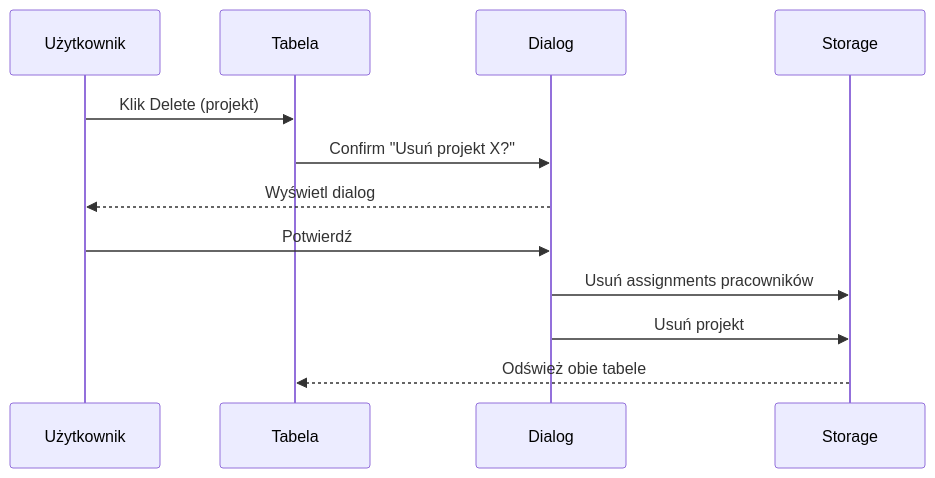
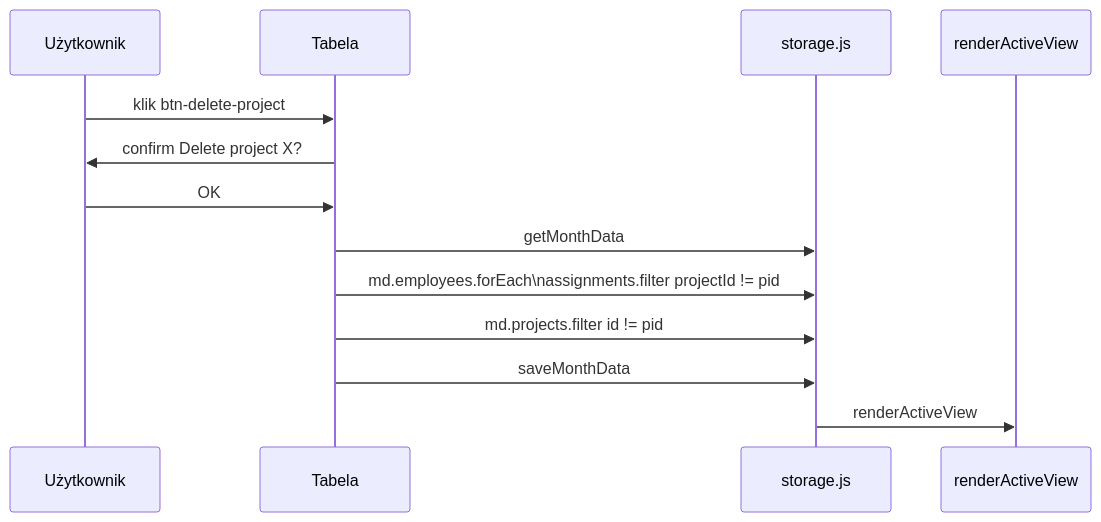
One commit to AlanKowalzky/dashboard-project changed the ninth of 10 diagrams in doc/etap2_mermaid.md. Above: the diagram before and after it, drawn with Mermaid. The commit also changed other lines of this file and 10 other files, not shown here.

````diff
--- a/doc/etap2_mermaid.md
+++ b/doc/etap2_mermaid.md
@@ -37,15 +110,16 @@
 ```mermaid
 sequenceDiagram
     participant U as Użytkownik
     participant T as Tabela
-    participant D as Dialog
-    participant DB as Storage
+    participant DB as storage.js
+    participant V as renderActiveView
 
-    U->>T: Klik Delete (projekt)
-    T->>D: Confirm "Usuń projekt X?"
-    D-->>U: Wyświetl dialog
-    U->>D: Potwierdź
-    D->>DB: Usuń assignments pracowników
-    D->>DB: Usuń projekt
-    DB-->>T: Odśwież obie tabele
+    U->>T: klik btn-delete-project
+    T->>U: confirm Delete project X?
+    U->>T: OK
+    T->>DB: getMonthData
+    T->>DB: md.employees.forEach\nassignments.filter projectId != pid
+    T->>DB: md.projects.filter id != pid
+    T->>DB: saveMonthData
+    DB->>V: renderActiveView
 ```
````
